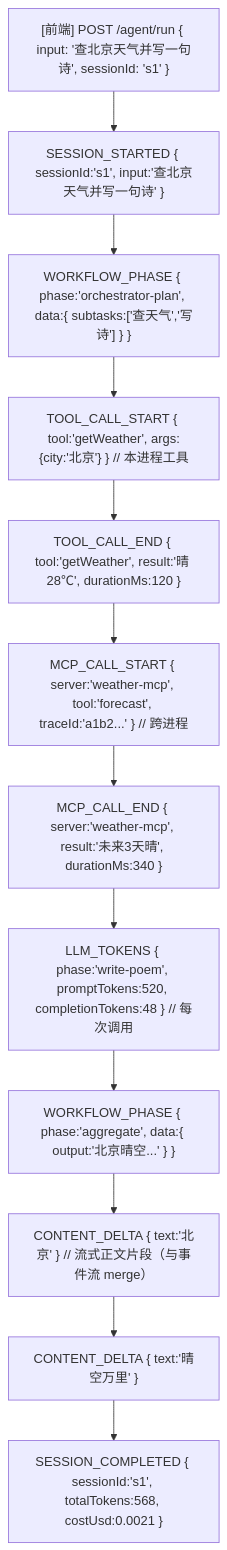
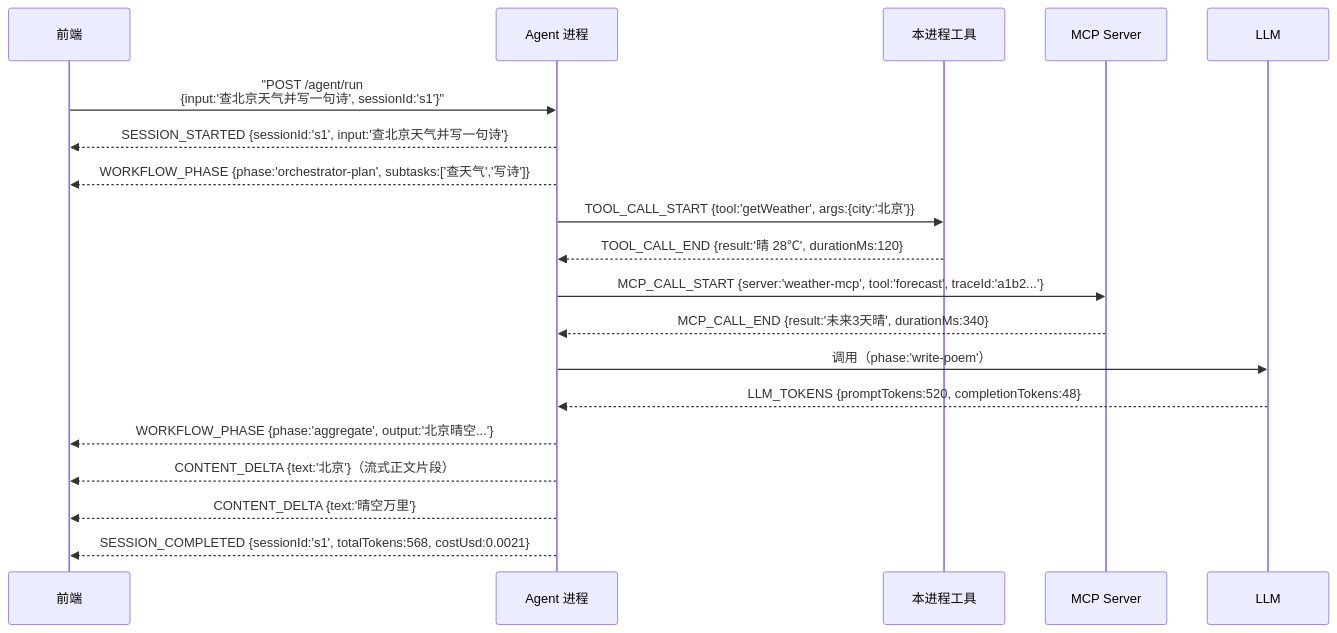
One commit to UranusGit/java-agent-learn changed the first of 17 diagrams in docs/tutorials/spring-ai-2.0/33-Agent子过程实时可见性方案.md. Above: the diagram before and after it, drawn with Mermaid. The commit also changed other lines of this file and 28 other files, not shown here.

First line of the commit message:
docs全库mermaid图质量复核：按"说明白优先于画图"去芜存菁

````diff
--- a/docs/tutorials/spring-ai-2.0/33-Agent子过程实时可见性方案.md
+++ b/docs/tutorials/spring-ai-2.0/33-Agent子过程实时可见性方案.md
@@ -53,14 +53,22 @@
 ```mermaid
-flowchart TD
-    A["[前端] POST /agent/run { input: '查北京天气并写一句诗', sessionId: 's1' }"] --> B["SESSION_STARTED { sessionId:'s1', input:'查北京天气并写一句诗' }"]
-    B --> C["WORKFLOW_PHASE { phase:'orchestrator-plan', data:{ subtasks:['查天气','写诗'] } }"]
-    C --> D["TOOL_CALL_START { tool:'getWeather', args:{city:'北京'} } // 本进程工具"]
-    D --> E["TOOL_CALL_END { tool:'getWeather', result:'晴 28℃', durationMs:120 }"]
-    E --> F["MCP_CALL_START { server:'weather-mcp', tool:'forecast', traceId:'a1b2...' } // 跨进程"]
-    F --> G["MCP_CALL_END { server:'weather-mcp', result:'未来3天晴', durationMs:340 }"]
-    G --> H["LLM_TOKENS { phase:'write-poem', promptTokens:520, completionTokens:48 } // 每次调用"]
-    H --> I["WORKFLOW_PHASE { phase:'aggregate', data:{ output:'北京晴空...' } }"]
-    I --> J["CONTENT_DELTA { text:'北京' } // 流式正文片段（与事件流 merge）"]
-    J --> K["CONTENT_DELTA { text:'晴空万里' }"]
-    K --> L["SESSION_COMPLETED { sessionId:'s1', totalTokens:568, costUsd:0.0021 }"]
+sequenceDiagram
+    participant FE as 前端
+    participant AG as Agent 进程
+    participant TOOL as 本进程工具
+    participant MCP as MCP Server
+    participant LLM as LLM
+
+    FE->>AG: "POST /agent/run<br/>{input:'查北京天气并写一句诗', sessionId:'s1'}"
+    AG-->>FE: SESSION_STARTED {sessionId:'s1', input:'查北京天气并写一句诗'}
+    AG-->>FE: WORKFLOW_PHASE {phase:'orchestrator-plan', subtasks:['查天气','写诗']}
+    AG->>TOOL: TOOL_CALL_START {tool:'getWeather', args:{city:'北京'}}
+    TOOL-->>AG: TOOL_CALL_END {result:'晴 28℃', durationMs:120}
+    AG->>MCP: MCP_CALL_START {server:'weather-mcp', tool:'forecast', traceId:'a1b2...'}
+    MCP-->>AG: MCP_CALL_END {result:'未来3天晴', durationMs:340}
+    AG->>LLM: 调用（phase:'write-poem'）
+    LLM-->>AG: LLM_TOKENS {promptTokens:520, completionTokens:48}
+    AG-->>FE: WORKFLOW_PHASE {phase:'aggregate', output:'北京晴空...'}
+    AG-->>FE: CONTENT_DELTA {text:'北京'}（流式正文片段）
+    AG-->>FE: CONTENT_DELTA {text:'晴空万里'}
+    AG-->>FE: SESSION_COMPLETED {sessionId:'s1', totalTokens:568, costUsd:0.0021}
 ```
````
